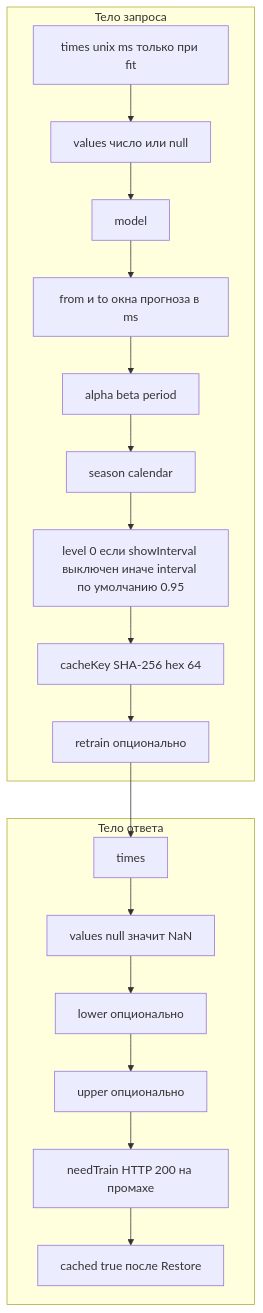
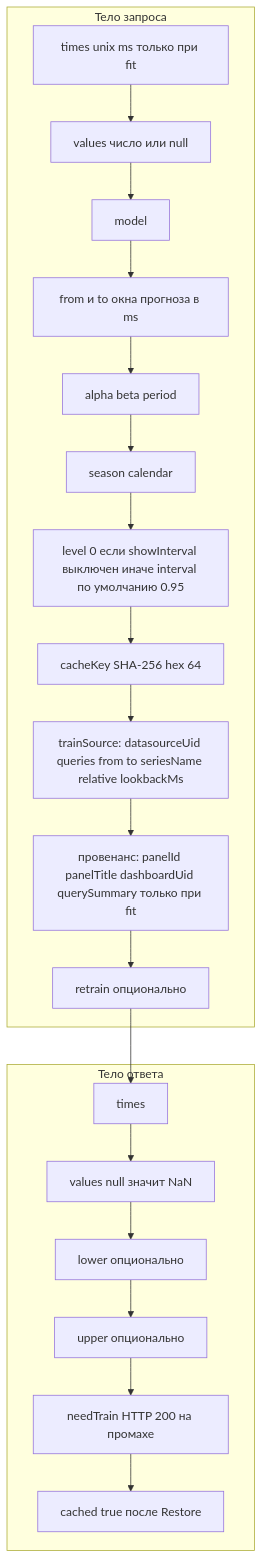
Before and after one commit to eduard-kolotushin/timeseries-grafana: the diagram in diagrams/08-request-response.md, drawn with Mermaid. The commit also changed 9 other files, not shown here.

````diff
--- a/diagrams/08-request-response.md
+++ b/diagrams/08-request-response.md
@@ -12,23 +12,25 @@
 ```mermaid
 flowchart TB
   subgraph req["Тело запроса"]
     T["times unix ms только при fit"] --> V["values число или null"]
     V --> M["model"]
     M --> W["from и to окна прогноза в ms"]
     W --> P["alpha beta period"]
     P --> S["season calendar"]
     S --> L["level 0 если showInterval выключен иначе interval по умолчанию 0.95"]
     L --> K["cacheKey SHA-256 hex 64"]
-    K --> R["retrain опционально"]
+    K --> TS["trainSource: datasourceUid queries from to seriesName relative lookbackMs"]
+    TS --> PR["провенанс: panelId panelTitle dashboardUid querySummary только при fit"]
+    PR --> R["retrain опционально"]
   end
 
   subgraph resp["Тело ответа"]
     OT["times"] --> OV["values null значит NaN"]
     OV --> OL["lower опционально"]
     OL --> OU["upper опционально"]
     OU --> NT["needTrain HTTP 200 на промахе"]
     NT --> CH["cached true после Restore"]
   end
 
   R --> OT
 ```
````
